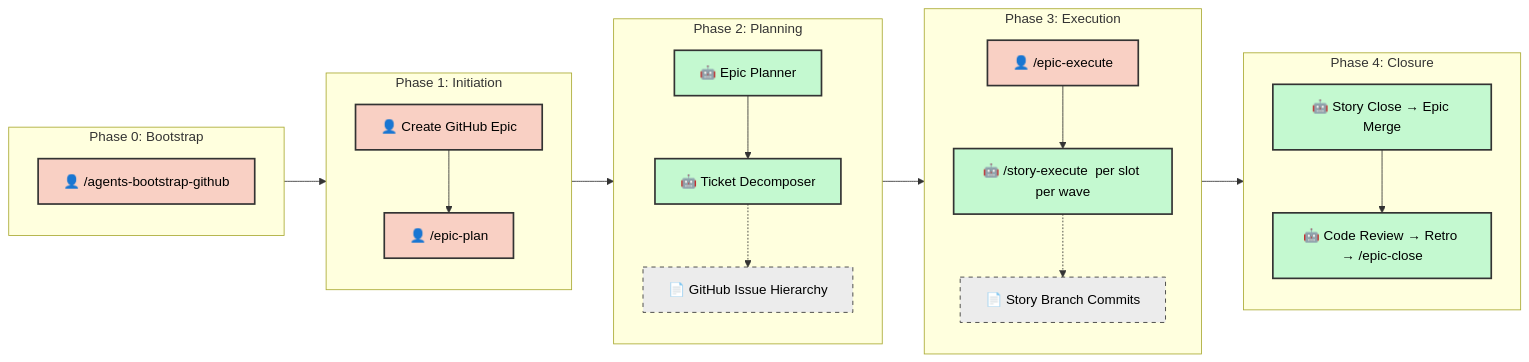
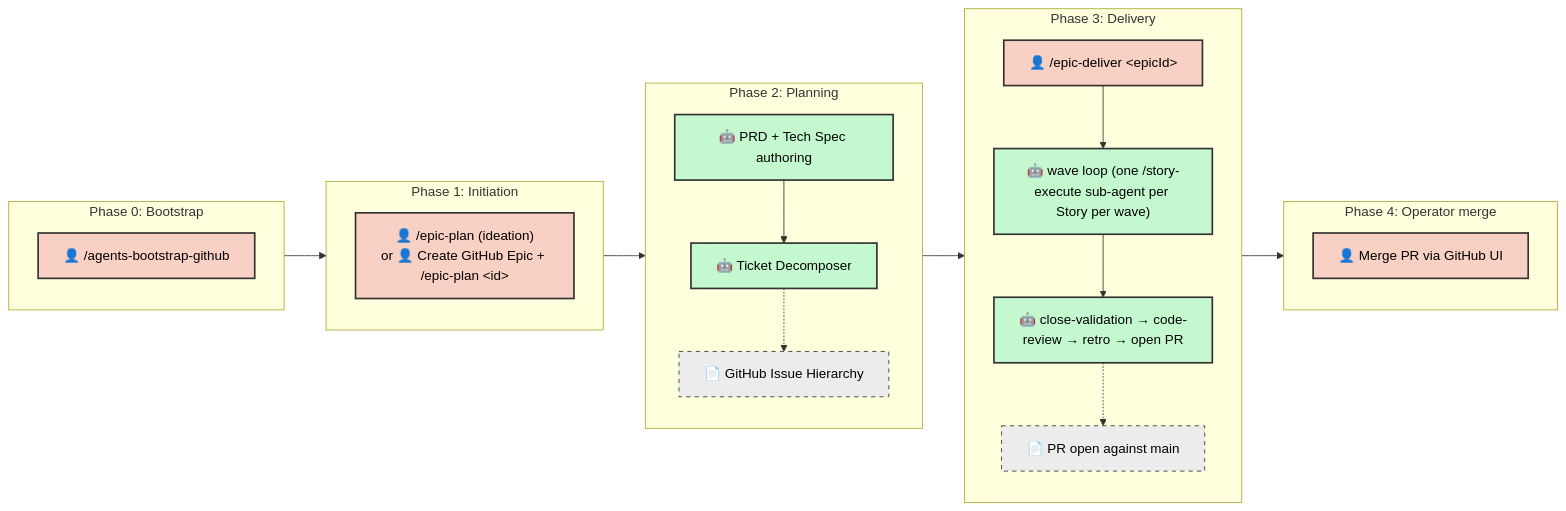
The diagram in .agents/SDLC.md (dsj1984/mandrel), drawn with Mermaid before and after one commit. The commit also changed other lines of this file and 203 other files, not shown here.

First line of the commit message:
Epic #1142: 5.40.0 — /epic-plan ideation, merge execute+close into /epic-deliver, settings naming fix (#1232)

````diff
--- a/.agents/SDLC.md
+++ b/.agents/SDLC.md
@@ -75,46 +102,43 @@
 ```mermaid
 graph LR
     classDef manual fill:#f9d0c4,stroke:#333,stroke-width:2px,color:#000;
     classDef agentic fill:#c4f9d0,stroke:#333,stroke-width:2px,color:#000;
     classDef artifact fill:#ececec,stroke:#333,stroke-width:1px,stroke-dasharray: 5 5,color:#000;
 
     subgraph Phase0 ["Phase 0: Bootstrap"]
         direction TB
         Z["👤 /agents-bootstrap-github"]:::manual
     end
 
     subgraph Phase1 ["Phase 1: Initiation"]
         direction TB
-        A["👤 Create GitHub Epic"]:::manual
-        B["👤 /epic-plan"]:::manual
-        A --> B
+        A["👤 /epic-plan (ideation)<br/>or 👤 Create GitHub Epic + /epic-plan &lt;id&gt;"]:::manual
     end
 
     subgraph Phase2 ["Phase 2: Planning"]
         direction TB
-        C["🤖 Epic Planner"]:::agentic
+        C["🤖 PRD + Tech Spec authoring"]:::agentic
         D["🤖 Ticket Decomposer"]:::agentic
         C --> D
         D -.-> D_Art["📄 GitHub Issue Hierarchy"]:::artifact
     end
 
-    subgraph Phase3 ["Phase 3: Execution"]
+    subgraph Phase3 ["Phase 3: Delivery"]
         direction TB
-        E["👤 /epic-execute <epicId>"]:::manual
-        F["🤖 /story-execute <storyId> per slot per wave"]:::agentic
-        E --> F
-        F -.-> F_Art["📄 Story Branch Commits"]:::artifact
+        E["👤 /epic-deliver &lt;epicId&gt;"]:::manual
+        F["🤖 wave loop (one /story-execute sub-agent per Story per wave)"]:::agentic
+        G["🤖 close-validation → code-review → retro → open PR"]:::agentic
+        E --> F --> G
+        G -.-> G_Art["📄 PR open against main"]:::artifact
     end
 
-    subgraph Phase4 ["Phase 4: Closure"]
+    subgraph Phase4 ["Phase 4: Operator merge"]
         direction TB
-        G["🤖 Story Close → Epic Merge"]:::agentic
-        H["🤖 Code Review → Retro → /epic-close"]:::agentic
-        G --> H
+        H["👤 Merge PR via GitHub UI"]:::manual
     end
 
     Z --> A
-    B --> C
+    A --> C
     D --> E
-    F --> G
+    G --> H
 ```
````
